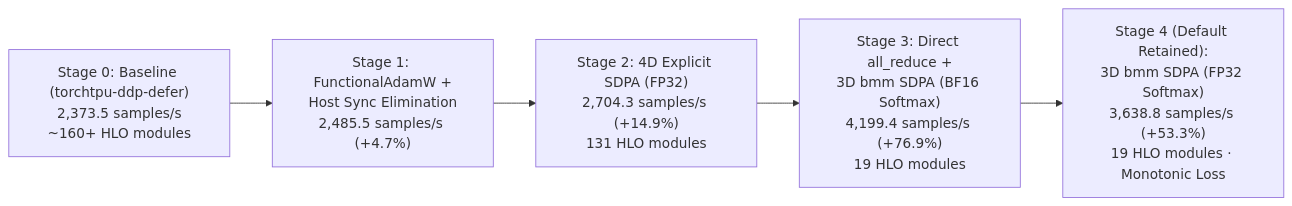
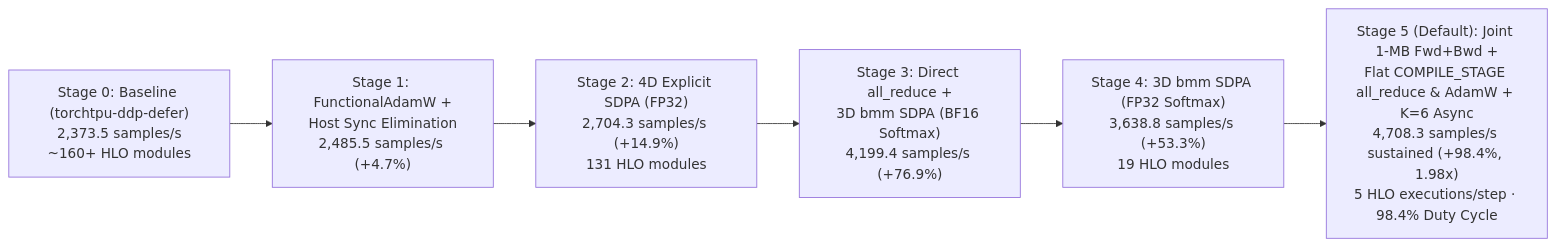
Before and after one commit to IhabBendidi/tpu-provider-benchmark: the diagram in OPTIMIZATIONS-v6e.md, drawn with Mermaid. The commit also changed other lines of this file and 4 other files, not shown here.

Commit message:
Implement Stage 5 v6e_opt WholeStepRunner, flat COMPILE_STAGE AdamW, and K=6 pipelining

````diff
--- a/OPTIMIZATIONS-v6e.md
+++ b/OPTIMIZATIONS-v6e.md
@@ -15,7 +16,8 @@
 ```mermaid
 flowchart LR
     B["Stage 0: Baseline (torchtpu-ddp-defer)<br/>2,373.5 samples/s<br/>~160+ HLO modules"] --> I1["Stage 1: FunctionalAdamW +<br/>Host Sync Elimination<br/>2,485.5 samples/s (+4.7%)"]
     I1 --> I2["Stage 2: 4D Explicit SDPA (FP32)<br/>2,704.3 samples/s (+14.9%)<br/>131 HLO modules"]
-    I2 --> I3["Stage 3: Direct all_reduce +<br/>3D bmm SDPA (BF16 Softmax)<br/>4,199.4 samples/s (+76.9%)<br/>19 HLO modules"]
-    I3 --> I4["Stage 4 (Default Retained):<br/>3D bmm SDPA (FP32 Softmax)<br/>3,638.8 samples/s (+53.3%)<br/>19 HLO modules · Monotonic Loss"]
+    I2 --> I3["Stage 3: Direct all_reduce +<br/>3D bmm SDPA (BF16 Softmax)<br/>4,199.4 samples/s (+76.9%)"]
+    I3 --> I4["Stage 4: 3D bmm SDPA (FP32 Softmax)<br/>3,638.8 samples/s (+53.3%)<br/>19 HLO modules"]
+    I4 --> I5["Stage 5 (Default): Joint 1-MB Fwd+Bwd +<br/>Flat COMPILE_STAGE all_reduce & AdamW + K=6 Async<br/>4,708.3 samples/s sustained (+98.4%, 1.98x)<br/>5 HLO executions/step · 98.4% Duty Cycle"]
 ```
````
